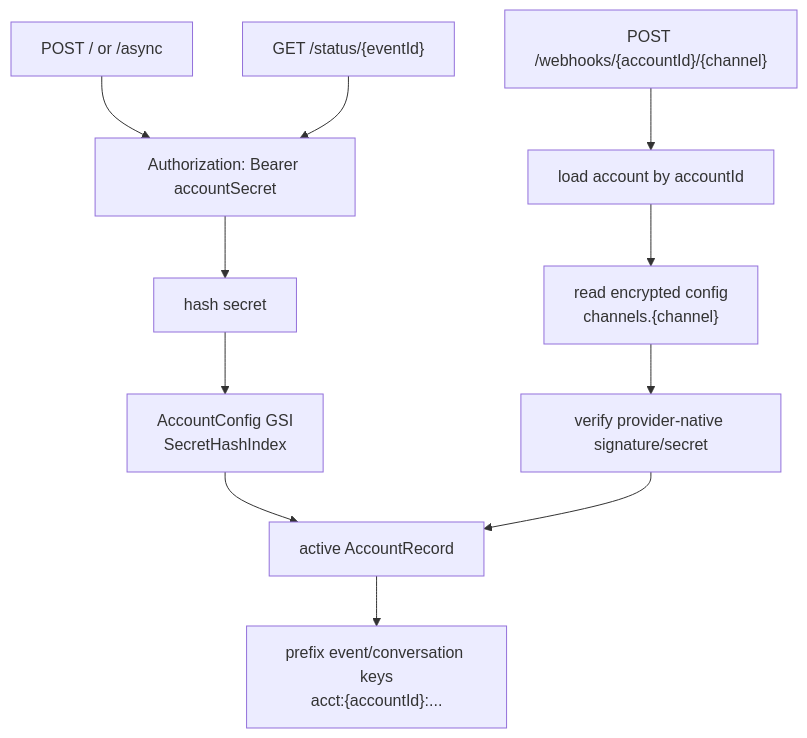
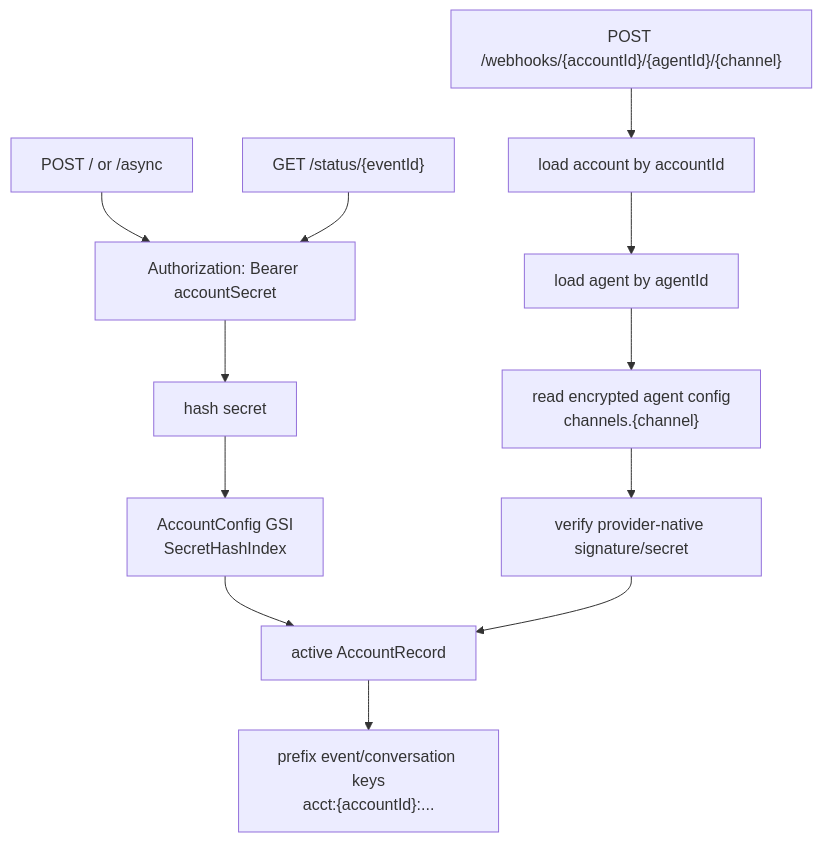
The third of 7 diagrams in docs/architecture.md (beeblastco/broods), drawn with Mermaid before and after one commit. The commit also changed other lines of this file and 36 other files, not shown here.

````diff
--- a/docs/architecture.md
+++ b/docs/architecture.md
@@ -58,15 +62,16 @@
 ```mermaid
 flowchart TD
   Direct["POST / or /async"] --> Bearer["Authorization: Bearer accountSecret"]
   Status["GET /status/{eventId}"] --> Bearer
   Bearer --> Hash["hash secret"]
   Hash --> Lookup["AccountConfig GSI<br/>SecretHashIndex"]
   Lookup --> Account["active AccountRecord"]
 
-  Webhook["POST /webhooks/{accountId}/{channel}"] --> Load["load account by accountId"]
-  Load --> ChannelConfig["read encrypted config<br/>channels.{channel}"]
+  Webhook["POST /webhooks/{accountId}/{agentId}/{channel}"] --> Load["load account by accountId"]
+  Load --> AgentLookup["load agent by agentId"]
+  AgentLookup --> ChannelConfig["read encrypted agent config<br/>channels.{channel}"]
   ChannelConfig --> Verify["verify provider-native signature/secret"]
   Verify --> Account
 
   Account --> Namespace["prefix event/conversation keys<br/>acct:{accountId}:..."]
 ```
````
